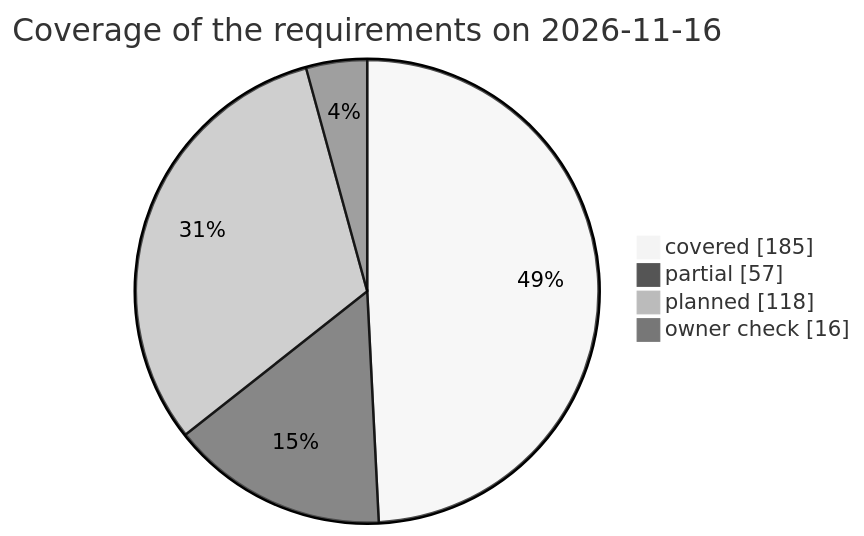
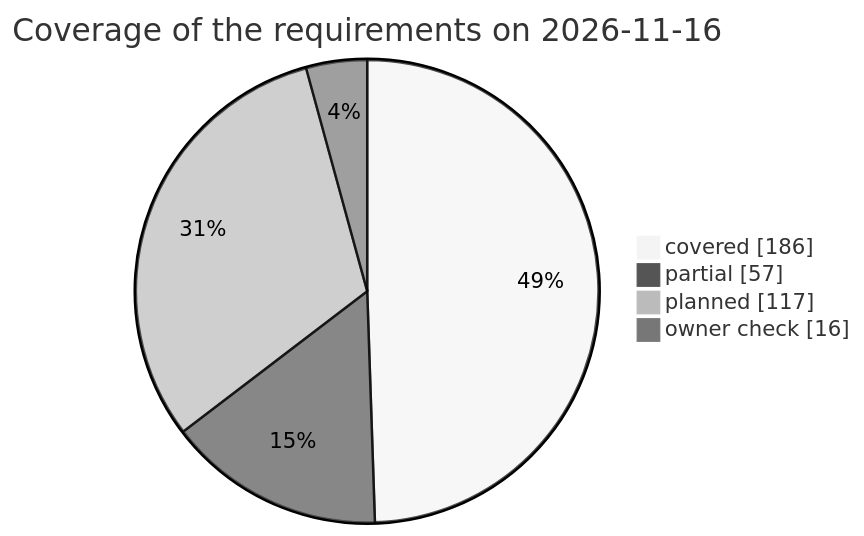
Before and after one commit to qa-io-vn/fnb-manager: the third of 3 diagrams in docs/test-plan.md, drawn with Mermaid (neutral theme). The commit also changed other lines of this file and 52 other files, not shown here.

````diff
--- a/docs/test-plan.md
+++ b/docs/test-plan.md
@@ -876,8 +877,8 @@
 ```mermaid
 pie showData
     title Coverage of the requirements on 2026-11-16
-    "covered" : 185
+    "covered" : 186
     "partial" : 57
-    "planned" : 118
+    "planned" : 117
     "owner check" : 16
 ```
````
